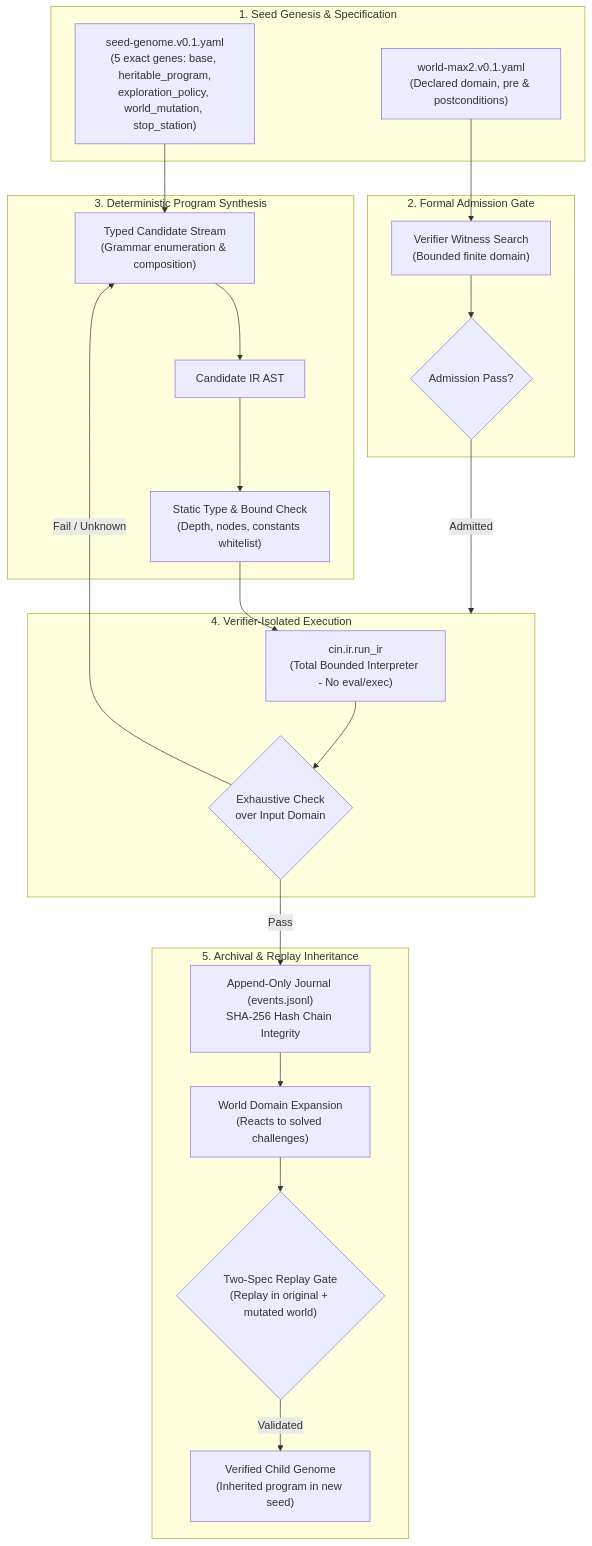
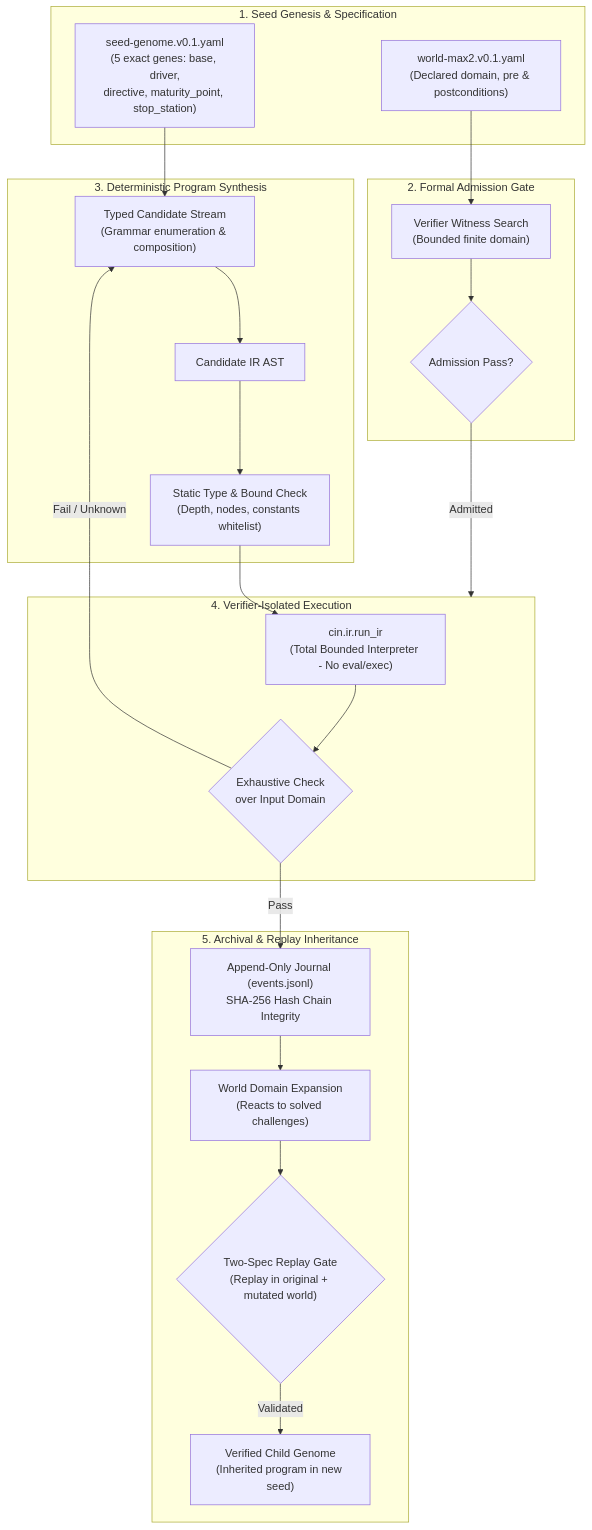
Before and after one commit to imMamdouhaboammar/code-in-nothing: the diagram in README.md, drawn with Mermaid. The commit also changed other lines of this file and 11 other files, not shown here.

````diff
--- a/README.md
+++ b/README.md
@@ -22,44 +24,44 @@
 ```mermaid
 flowchart TD
     subgraph Genesis ["1. Seed Genesis & Specification"]
-        Seed["seed-genome.v0.1.yaml<br/>(5 exact genes: base, heritable_program,<br/>exploration_policy, world_mutation, stop_station)"]
+        Seed["seed-genome.v0.1.yaml<br/>(5 exact genes: base, driver,<br/>directive, maturity_point, stop_station)"]
         World0["world-max2.v0.1.yaml<br/>(Declared domain, pre & postconditions)"]
     end
 
     subgraph AdmissionGate ["2. Formal Admission Gate"]
         Witness["Verifier Witness Search<br/>(Bounded finite domain)"]
         AdmitCheck{"Admission Pass?"}
     end
 
     subgraph SynthesisEngine ["3. Deterministic Program Synthesis"]
         Stream["Typed Candidate Stream<br/>(Grammar enumeration & composition)"]
         Candidate["Candidate IR AST"]
         CheckTree["Static Type & Bound Check<br/>(Depth, nodes, constants whitelist)"]
     end
 
     subgraph VerificationEngine ["4. Verifier-Isolated Execution"]
         EvalIR["cin.ir.run_ir<br/>(Total Bounded Interpreter - No eval/exec)"]
         VerifyDomain{"Exhaustive Check<br/>over Input Domain"}
     end
 
     subgraph Lifecycle ["5. Archival & Replay Inheritance"]
         Archive["Append-Only Journal (events.jsonl)<br/>SHA-256 Hash Chain Integrity"]
         MutateWorld["World Domain Expansion<br/>(Reacts to solved challenges)"]
         ReplayCheck{"Two-Spec Replay Gate<br/>(Replay in original + mutated world)"}
         Offspring["Verified Child Genome<br/>(Inherited program in new seed)"]
     end
 
     Seed --> Stream
     World0 --> Witness
     Witness --> AdmitCheck
     AdmitCheck -->|"Admitted"| VerificationEngine
     Stream --> Candidate
     Candidate --> CheckTree
     CheckTree --> EvalIR
     EvalIR --> VerifyDomain
     VerifyDomain -->|"Pass"| Archive
     VerifyDomain -->|"Fail / Unknown"| Stream
     Archive --> MutateWorld
     MutateWorld --> ReplayCheck
     ReplayCheck -->|"Validated"| Offspring
 ```
````
